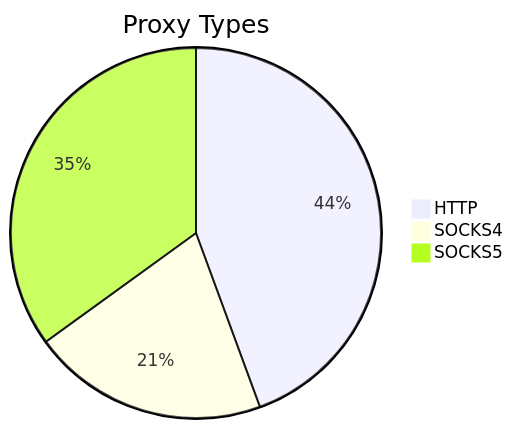
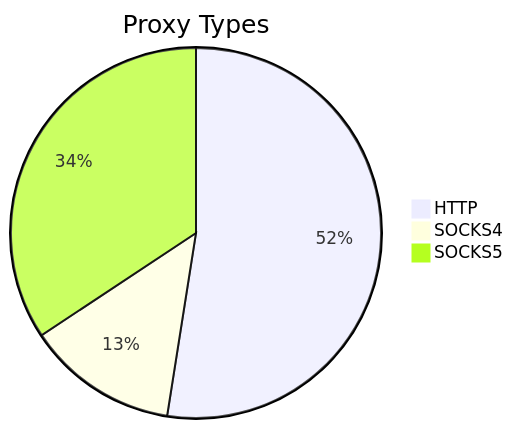
Before and after one commit to stormsia/proxy-list: the first of 2 diagrams in README.md, drawn with Mermaid. The commit also changed other lines of this file, not shown here.

````diff
--- a/README.md
+++ b/README.md
@@ -21,6 +21,6 @@
 ```mermaid
 pie title Proxy Types
-    "HTTP" : 198
-    "SOCKS4" : 92
-    "SOCKS5" : 156
+    "HTTP" : 179
+    "SOCKS4" : 45
+    "SOCKS5" : 117
 ```
````
